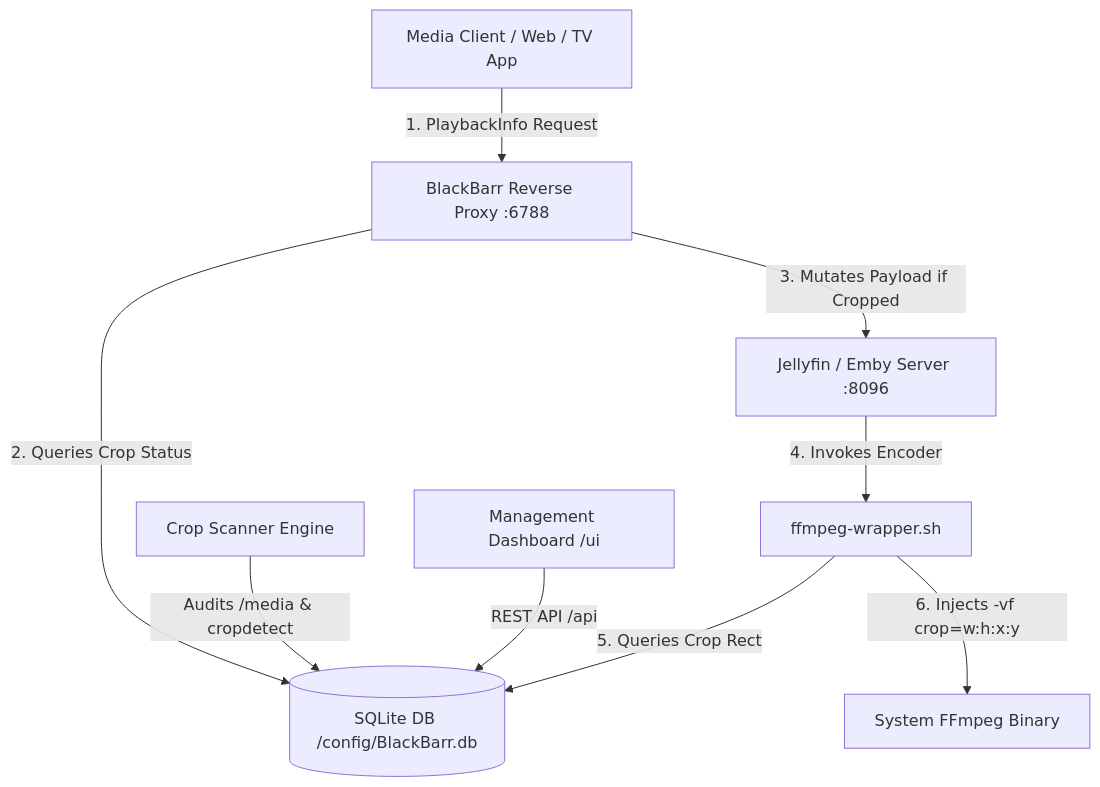
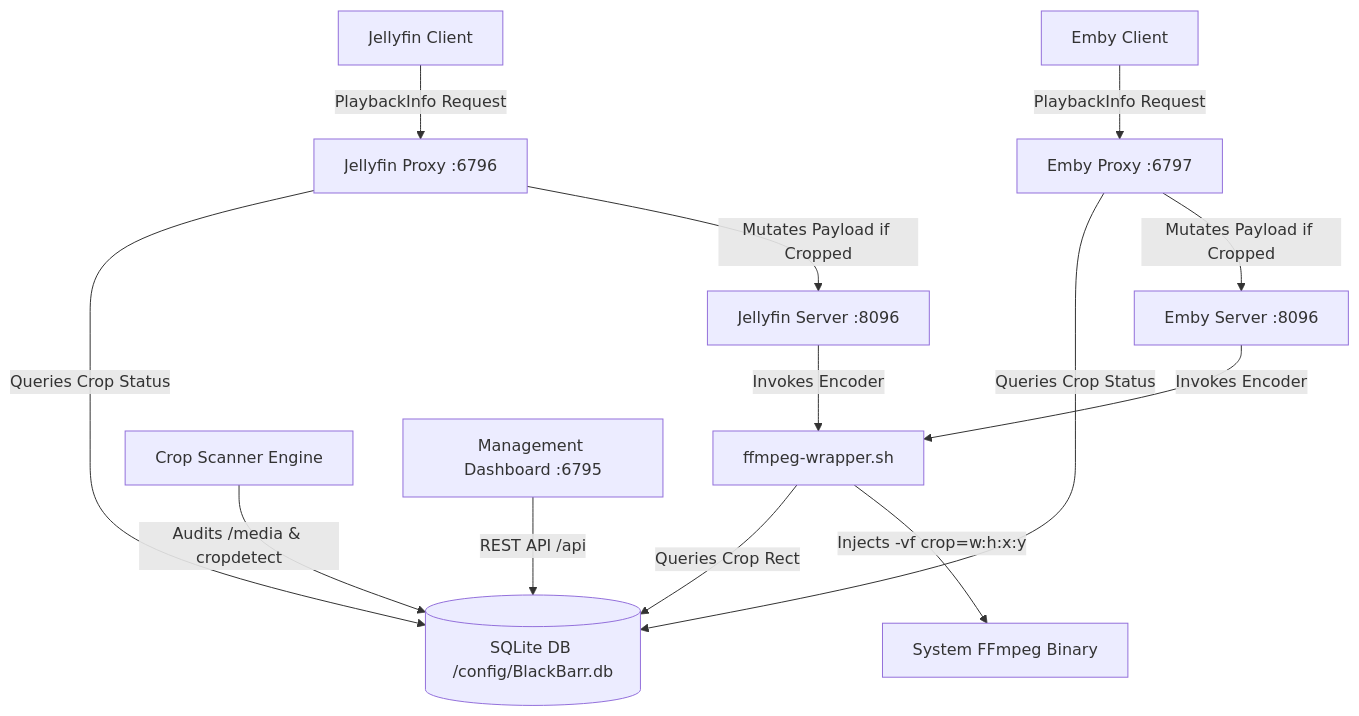
One commit to EatPrilosec/BlackBarr changed the diagram in README.md. Above: the diagram before and after it, drawn with Mermaid. The commit also changed other lines of this file and 4 other files, not shown here.

Commit message:
Configure dedicated ports: 6795 (Web UI), 6796 (Jellyfin Proxy), 6797 (Emby Proxy)

````diff
--- a/README.md
+++ b/README.md
@@ -21,12 +21,20 @@
 ```mermaid
 flowchart TD
-    Client[Media Client / Web / TV App] -->|1. PlaybackInfo Request| Proxy[BlackBarr Reverse Proxy :6788]
-    Proxy -->|2. Queries Crop Status| DB[(SQLite DB /config/BlackBarr.db)]
-    Proxy -->|3. Mutates Payload if Cropped| Server[Jellyfin / Emby Server :8096]
-    Server -->|4. Invokes Encoder| Wrapper[ffmpeg-wrapper.sh]
-    Wrapper -->|5. Queries Crop Rect| DB
-    Wrapper -->|6. Injects -vf crop=w:h:x:y| FFmpeg[System FFmpeg Binary]
+    JFClient[Jellyfin Client] -->|PlaybackInfo Request| JFProxy[Jellyfin Proxy :6796]
+    EmbyClient[Emby Client] -->|PlaybackInfo Request| EmbyProxy[Emby Proxy :6797]
+    
+    JFProxy -->|Queries Crop Status| DB[(SQLite DB /config/BlackBarr.db)]
+    EmbyProxy -->|Queries Crop Status| DB
+
+    JFProxy -->|Mutates Payload if Cropped| JFServer[Jellyfin Server :8096]
+    EmbyProxy -->|Mutates Payload if Cropped| EmbyServer[Emby Server :8096]
+
+    JFServer -->|Invokes Encoder| Wrapper[ffmpeg-wrapper.sh]
+    EmbyServer -->|Invokes Encoder| Wrapper
+    
+    Wrapper -->|Queries Crop Rect| DB
+    Wrapper -->|Injects -vf crop=w:h:x:y| FFmpeg[System FFmpeg Binary]
     
     Scanner[Crop Scanner Engine] -->|Audits /media & cropdetect| DB
-    WebUI[Management Dashboard /ui] -->|REST API /api| DB
+    WebUI[Management Dashboard :6795] -->|REST API /api| DB
 ```
````
